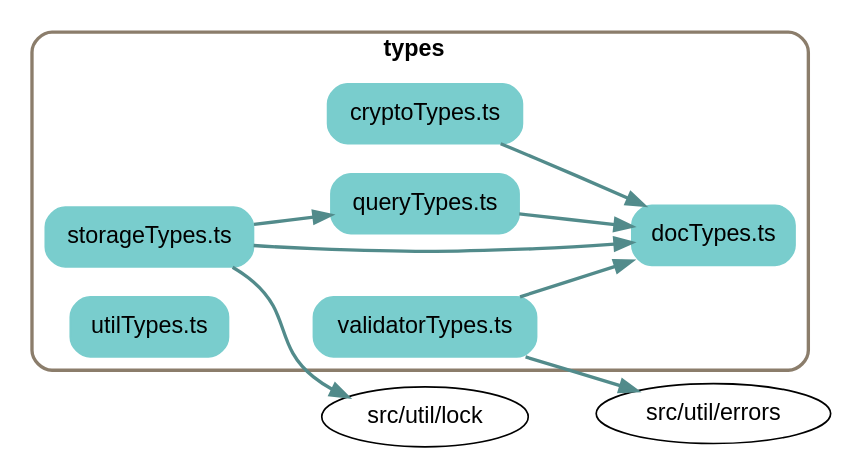
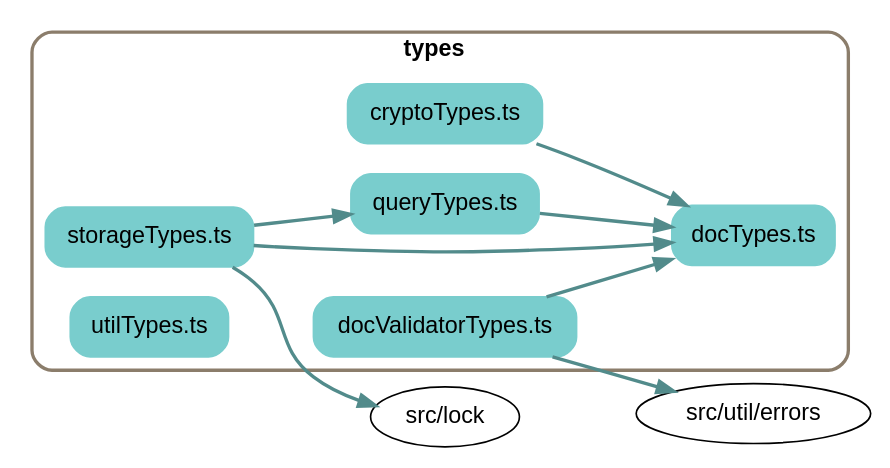
The diagram in depchart/depchart-types.dot (earthstar-project/earthstar), drawn with Graphviz before and after one commit. The commit also changed 34 other files, not shown here.

```diff
--- a/depchart/depchart-types.dot
+++ b/depchart/depchart-types.dot
@@ -1,38 +1,38 @@
 
 digraph G {
     //splines=line;
     //splines=polyline;
     splines=true;
     rankdir=LR;
     //newrank=true;
     compound=true;
     graph [fontname = "helvetica"];  // dpi=72
     node [fontname = "helvetica"];
     edge [fontname = "helvetica"];
     
     // files in their folder clusters
 
-    subgraph cluster5837620290 {
+    subgraph cluster7390895838 {
         label=<<b>types</b>>;
         style="rounded";
         color=bisque4;
         penwidth=2;
                 
         "src/types/cryptoTypes.ts" [label="cryptoTypes.ts", shape=rectangle; style="rounded,filled"; color=darkslategray3];
         "src/types/docTypes.ts" [label="docTypes.ts", shape=rectangle; style="rounded,filled"; color=darkslategray3];
+        "src/types/docValidatorTypes.ts" [label="docValidatorTypes.ts", shape=rectangle; style="rounded,filled"; color=darkslategray3];
         "src/types/queryTypes.ts" [label="queryTypes.ts", shape=rectangle; style="rounded,filled"; color=darkslategray3];
         "src/types/storageTypes.ts" [label="storageTypes.ts", shape=rectangle; style="rounded,filled"; color=darkslategray3];
         "src/types/utilTypes.ts" [label="utilTypes.ts", shape=rectangle; style="rounded,filled"; color=darkslategray3];
-        "src/types/validatorTypes.ts" [label="validatorTypes.ts", shape=rectangle; style="rounded,filled"; color=darkslategray3];
     }
 
     // edges between files
     "src/types/cryptoTypes.ts" -> "src/types/docTypes.ts" [penwidth=2; color=darkslategray4];
+    "src/types/docValidatorTypes.ts" -> "src/types/docTypes.ts" [penwidth=2; color=darkslategray4];
+    "src/types/docValidatorTypes.ts" -> "src/util/errors" [penwidth=2; color=darkslategray4];
     "src/types/queryTypes.ts" -> "src/types/docTypes.ts" [penwidth=2; color=darkslategray4];
     "src/types/storageTypes.ts" -> "src/types/docTypes.ts" [penwidth=2; color=darkslategray4];
     "src/types/storageTypes.ts" -> "src/types/queryTypes.ts" [penwidth=2; color=darkslategray4];
-    "src/types/storageTypes.ts" -> "src/util/lock" [penwidth=2; color=darkslategray4];
-    "src/types/validatorTypes.ts" -> "src/types/docTypes.ts" [penwidth=2; color=darkslategray4];
-    "src/types/validatorTypes.ts" -> "src/util/errors" [penwidth=2; color=darkslategray4];
+    "src/types/storageTypes.ts" -> "src/lock" [penwidth=2; color=darkslategray4];
 
 }
```
